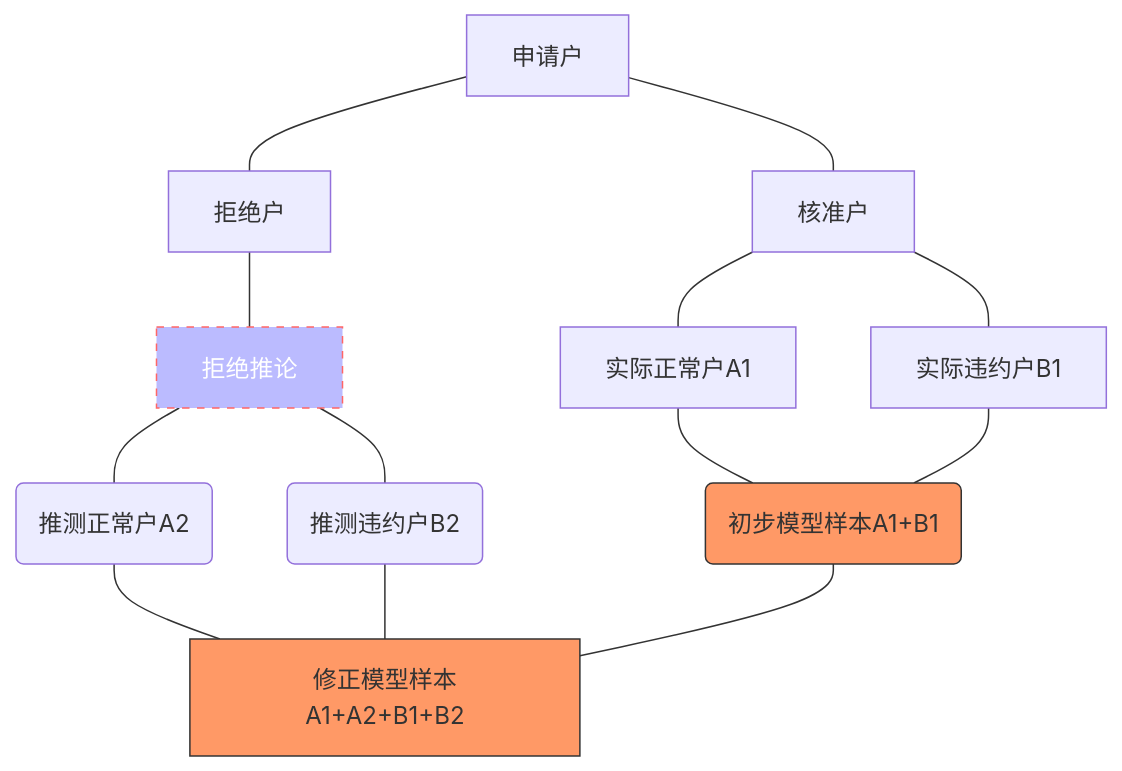
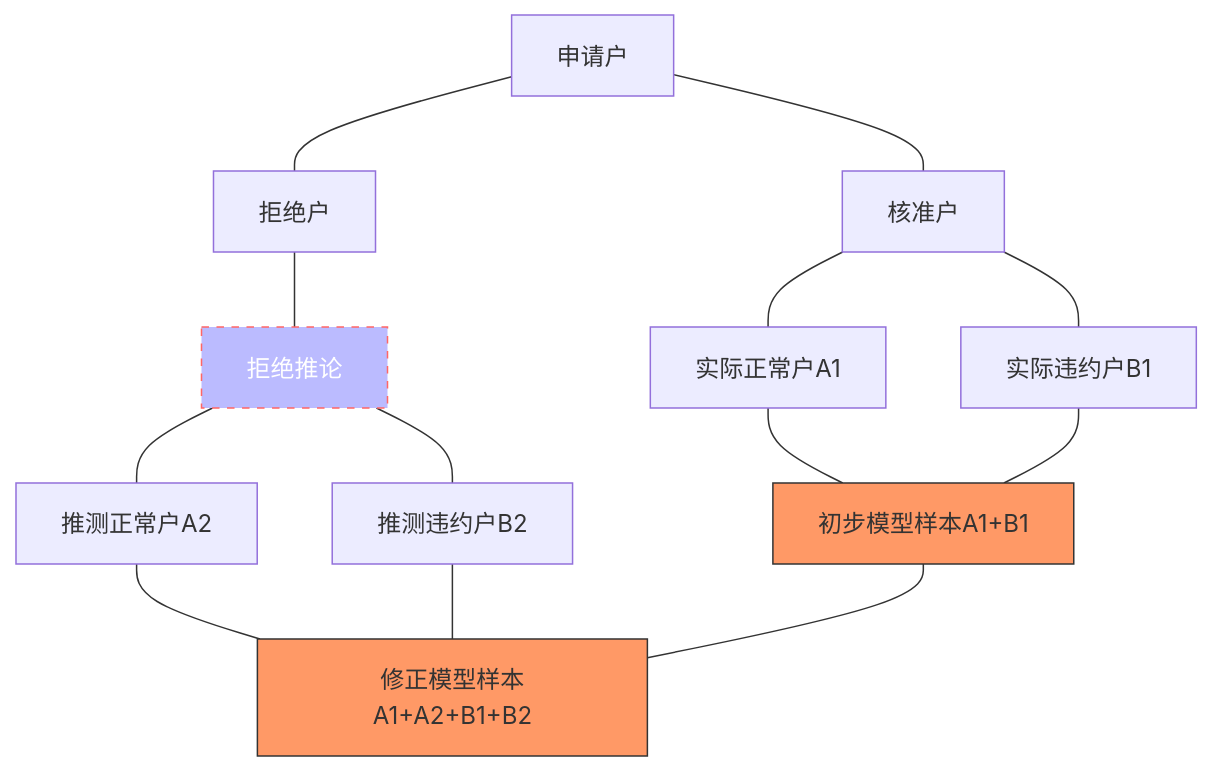
One commit to Blanket58/Blanket58.github.io changed the second of 2 diagrams in _posts/2021-12-14-scorecard.md. Above: the diagram before and after it, drawn with Mermaid. The commit also changed 1 other file, not shown here.

```diff
--- a/_posts/2021-12-14-scorecard.md
+++ b/_posts/2021-12-14-scorecard.md
@@ -137,9 +137,9 @@
 <div class="mermaid">
 flowchart TD
     classDef a fill:#bbf,stroke:#f66,stroke-with:2px,color:#fff,stroke-dasharray: 5 5
     classDef b fill:#f96,stroke:#333,stroke-with:4px
     申请户 --- 拒绝户 & 核准户
-    拒绝户 --- 拒绝推论:::a --- A(推测正常户A2) & B(推测违约户B2)
-    核准户 --- 实际正常户A1 & 实际违约户B1 --- C(初步模型样本A1+B1):::b
+    拒绝户 --- 拒绝推论:::a --- A[推测正常户A2] & B[推测违约户B2]
+    核准户 --- 实际正常户A1 & 实际违约户B1 --- C[初步模型样本A1+B1]:::b
     A & B & C  --- 修正模型样本A1+A2+B1+B2:::b
 </div>
```
